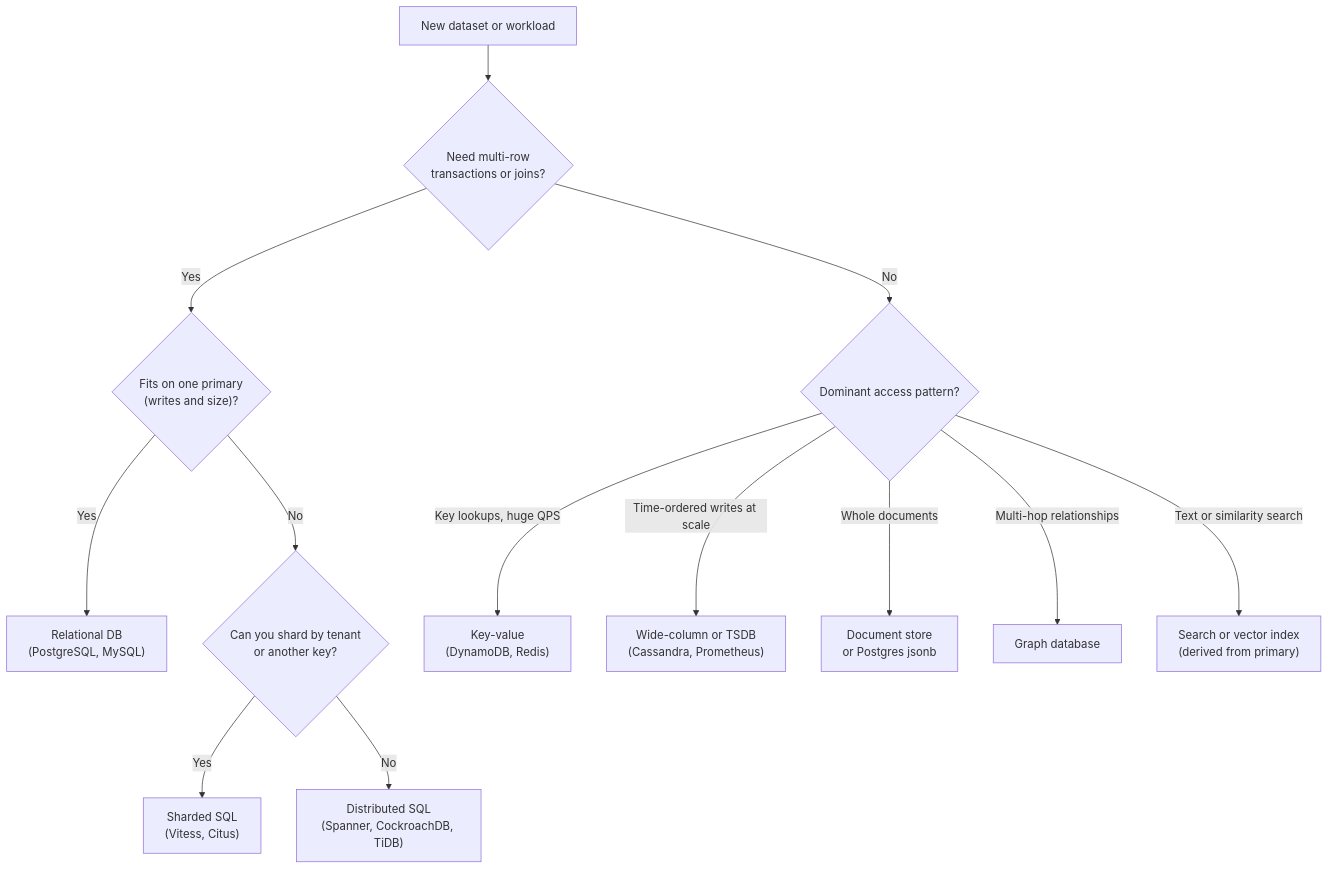
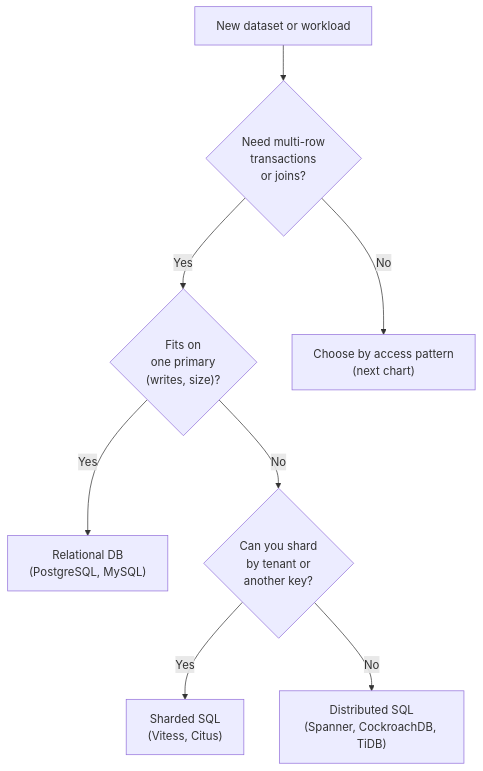
Before and after one commit to butyavk/system-design: the first of 3 diagrams in src/content/docs/data/sql-or-nosql.mdx, drawn with Mermaid. The commit also changed other lines of this file and 144 other files, not shown here.

````diff
--- a/src/content/docs/data/sql-or-nosql.mdx
+++ b/src/content/docs/data/sql-or-nosql.mdx
@@ -21,15 +21,10 @@
 ```mermaid
 flowchart TD
-  start["New dataset or workload"] --> q1{"Need multi-row<br/>transactions or joins?"}
-  q1 -->|"Yes"| q2{"Fits on one primary<br/>(writes and size)?"}
+  start["New dataset or workload"] --> q1{"Need multi-row<br/>transactions<br/>or joins?"}
+  q1 -->|"Yes"| q2{"Fits on<br/>one primary<br/>(writes, size)?"}
   q2 -->|"Yes"| rdb["Relational DB<br/>(PostgreSQL, MySQL)"]
-  q2 -->|"No"| q3{"Can you shard by tenant<br/>or another key?"}
+  q2 -->|"No"| q3{"Can you shard<br/>by tenant or<br/>another key?"}
   q3 -->|"Yes"| shard["Sharded SQL<br/>(Vitess, Citus)"]
   q3 -->|"No"| dsql["Distributed SQL<br/>(Spanner, CockroachDB, TiDB)"]
-  q1 -->|"No"| q4{"Dominant access pattern?"}
-  q4 -->|"Key lookups, huge QPS"| kv["Key-value<br/>(DynamoDB, Redis)"]
-  q4 -->|"Time-ordered writes at scale"| wc["Wide-column or TSDB<br/>(Cassandra, Prometheus)"]
-  q4 -->|"Whole documents"| doc["Document store<br/>or Postgres jsonb"]
-  q4 -->|"Multi-hop relationships"| gdb["Graph database"]
-  q4 -->|"Text or similarity search"| search["Search or vector index<br/>(derived from primary)"]
+  q1 -->|"No"| q4["Choose by access pattern<br/>(next chart)"]
 ```
````
